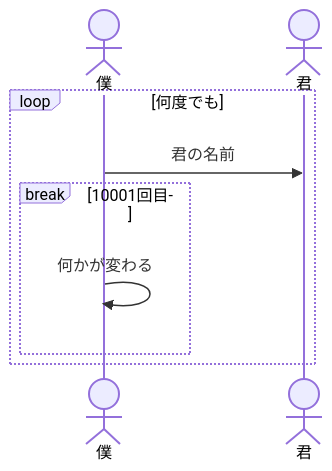
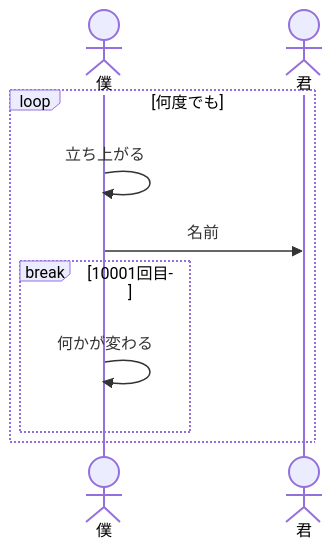
The fifth of 6 diagrams in SequenceDiagram.md (nekonisi/mermaid), drawn with Mermaid before and after one commit. The commit also changed other lines of this file, not shown here.

Commit message:
loop部分の修正

````diff
--- a/SequenceDiagram.md
+++ b/SequenceDiagram.md
@@ -169,14 +170,15 @@
 ```mermaid
 sequenceDiagram
     # 参加者を宣言
     Actor m As 僕
     Actor y As 君
 
     # loop 繰り返し処理で使用します
     loop 何度でも
-        m->>y:君の名前
+        m->>m:立ち上がる
+        m->>y:名前
         break 10001回目
             m->>m:何かが変わる
         end
     end
 ```
````
